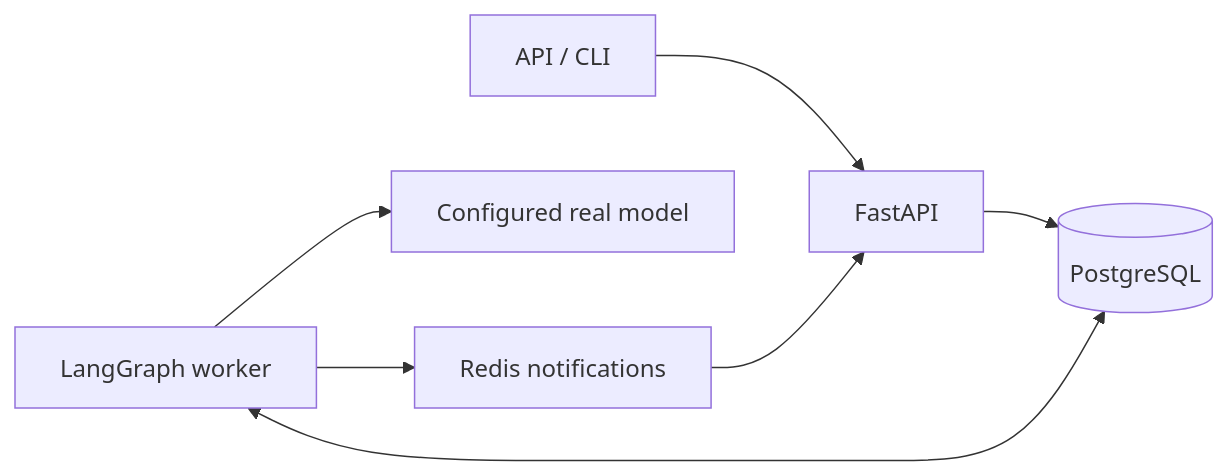
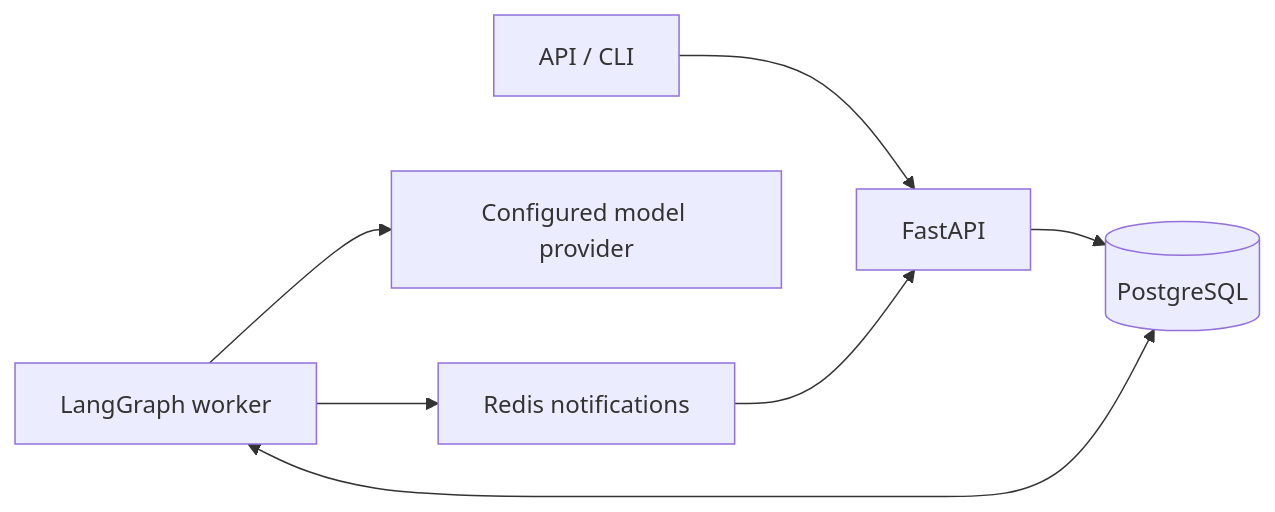
Before and after one commit to hzjanuary/multi-agent-system: the diagram in README.md, drawn with Mermaid. The commit also changed other lines of this file and 7 other files, not shown here.

````diff
--- a/README.md
+++ b/README.md
@@ -26,9 +21,9 @@
 ```mermaid
 flowchart LR
   Client[API / CLI] --> API[FastAPI]
   API --> DB[(PostgreSQL)]
   Worker[LangGraph worker] <--> DB
-  Worker --> Model[Configured real model]
+  Worker --> Model[Configured model provider]
   Worker --> Redis[Redis notifications]
   Redis --> API
 ```
````
